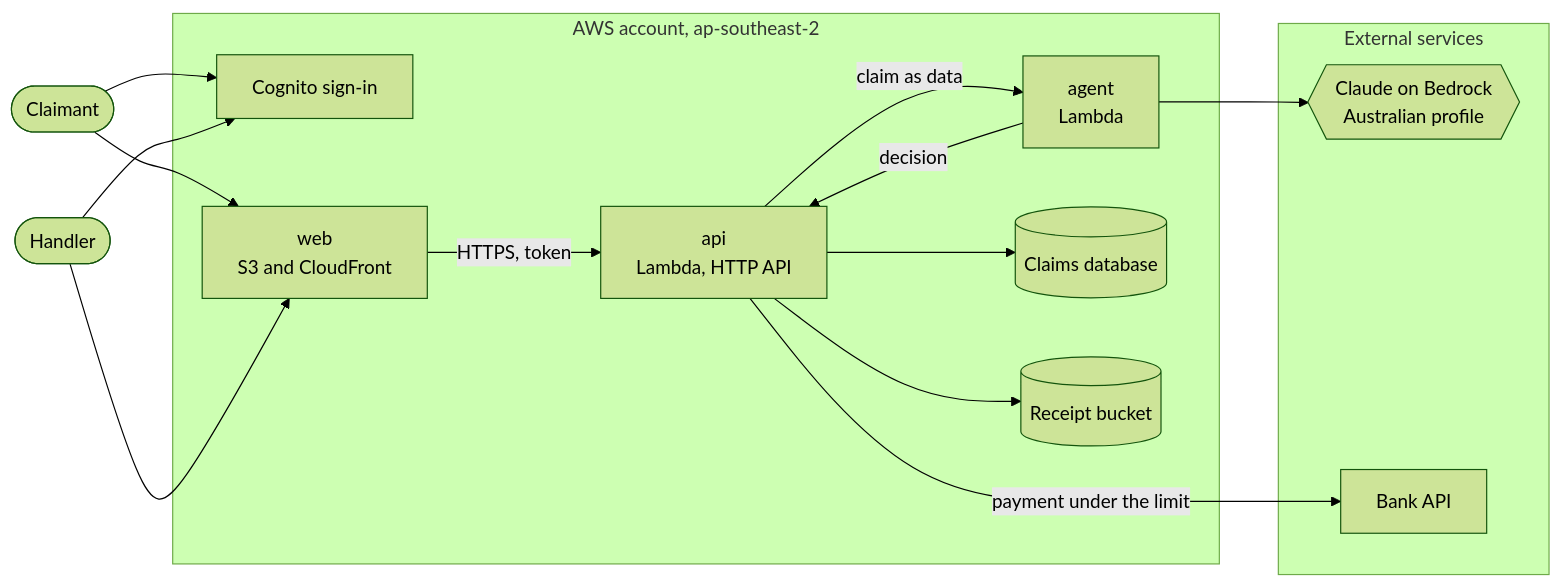
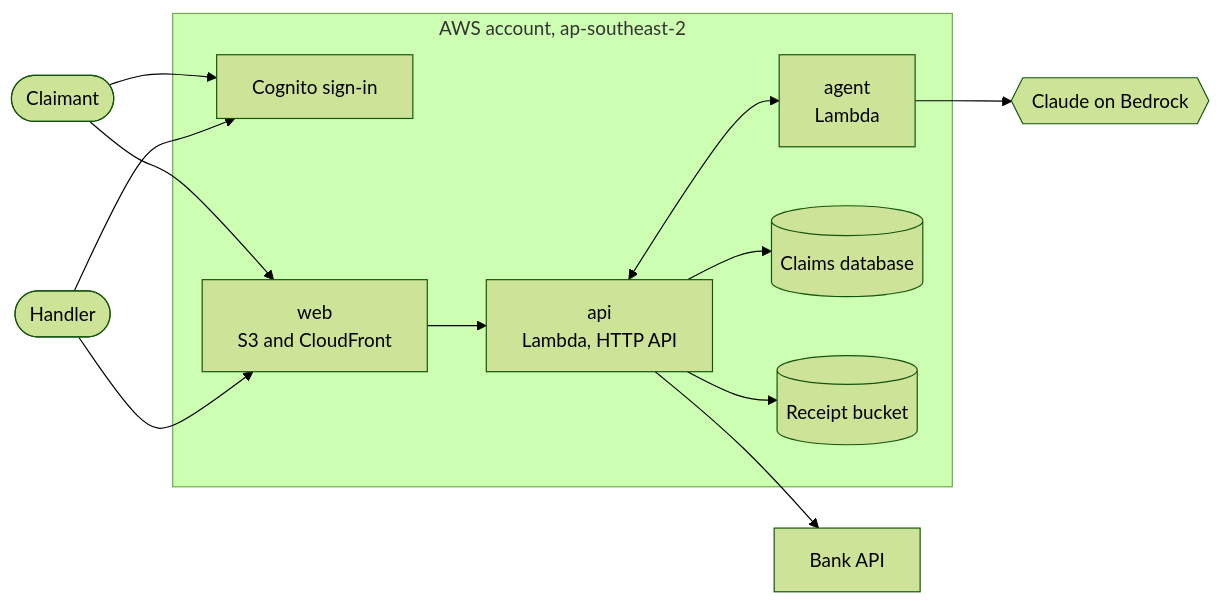
One commit to euginevd/sdlc-template changed the diagram in README.md. Above: the diagram before and after it, drawn with Mermaid (forest theme).

Commit message:
README: a lighter architecture diagram, no arrow labels

````diff
--- a/README.md
+++ b/README.md
@@ -31,29 +31,26 @@
 ```mermaid
 flowchart LR
   claimant([Claimant])
   handler([Handler])
 
   subgraph aws ["AWS account, ap-southeast-2"]
     cognito[Cognito sign-in]
     web["web<br/>S3 and CloudFront"]
     api["api<br/>Lambda, HTTP API"]
     agent["agent<br/>Lambda"]
     db[(Claims database)]
     bucket[(Receipt bucket)]
   end
 
-  subgraph external ["External services"]
-    claude{{"Claude on Bedrock<br/>Australian profile"}}
-    bank[Bank API]
-  end
+  claude{{Claude on Bedrock}}
+  bank[Bank API]
 
   claimant & handler --> cognito
   claimant & handler --> web
-  web -- "HTTPS, token" --> api
-  api -- "claim as data" --> agent
-  agent -- "decision" --> api
+  web --> api
+  api <--> agent
   agent --> claude
   api --> db
   api --> bucket
-  api -- "payment under the limit" --> bank
+  api --> bank
 ```
````
